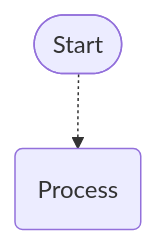
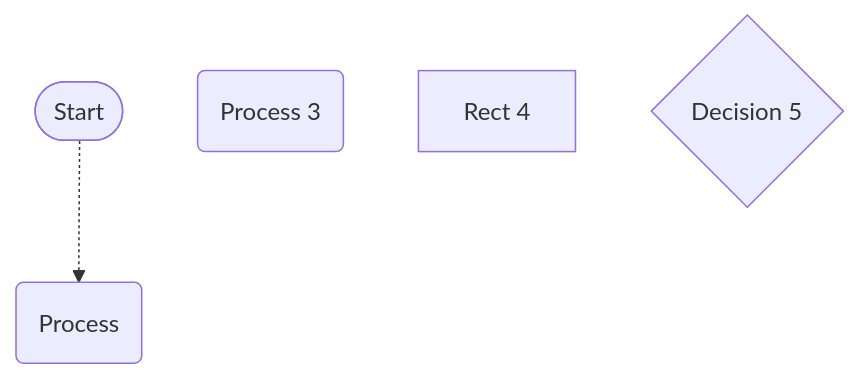
The diagram in mmd/test_f31d6efd-f9cd-437f-83e8-c33d633c95a6.mmd (pingpm/mermaid_vault), drawn with Mermaid before and after one commit. The commit also changed 4 other files, not shown here.

Commit message:
Sync Mermaid Studio data (5 diagrams)

```diff
--- a/mmd/test_f31d6efd-f9cd-437f-83e8-c33d633c95a6.mmd
+++ b/mmd/test_f31d6efd-f9cd-437f-83e8-c33d633c95a6.mmd
@@ -1,4 +1,7 @@
 graph TD
   start(["Start"])
   1("Process")
+  8c6533b4-1491-42b6-8429-e5650ae68c24("Process 3")
+  26a173d8-dfef-4098-b775-d7b68b075127["Rect 4"]
+  e01af272-47a0-41ac-acff-df6d8777e188{"Decision 5"}
   start -.-> 1
```
